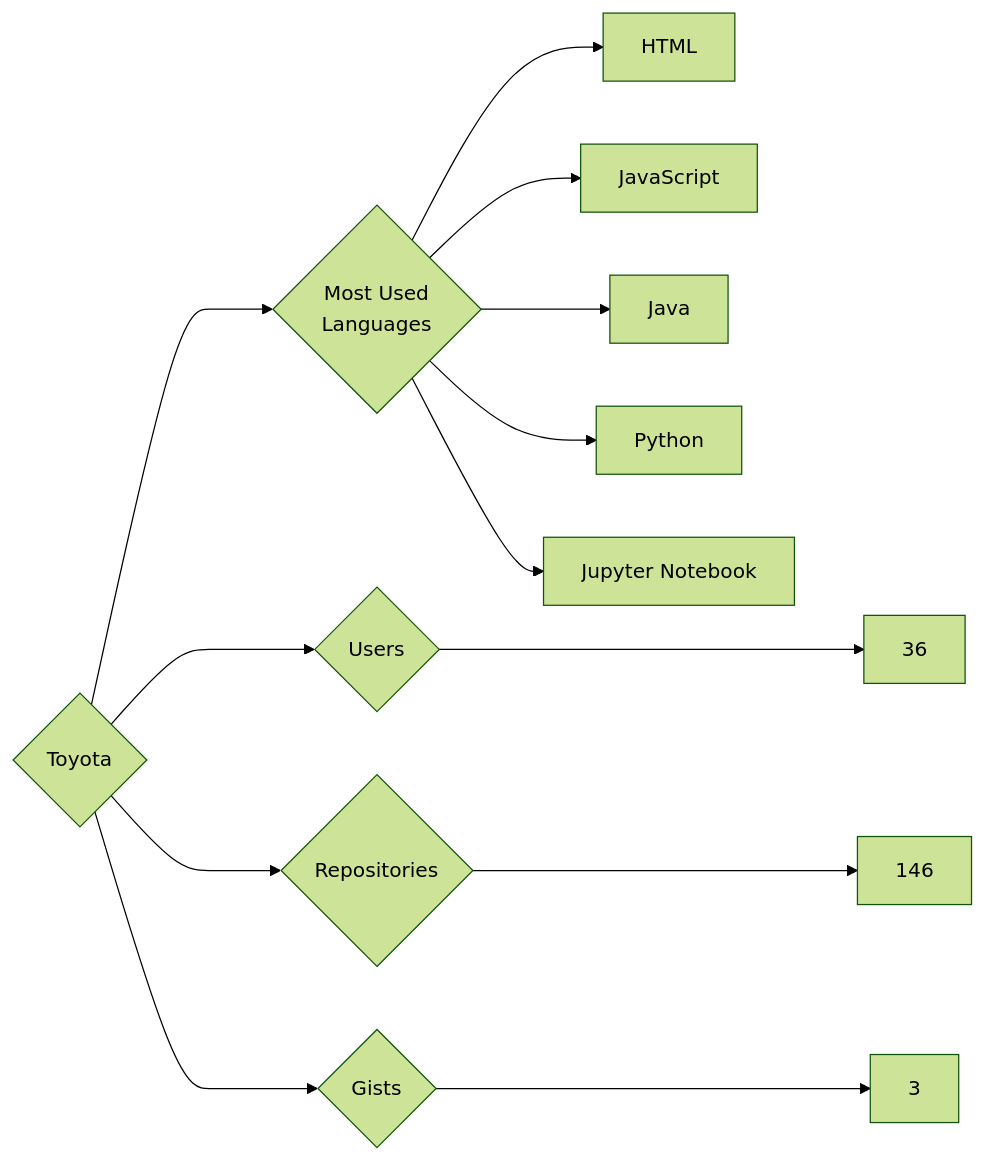
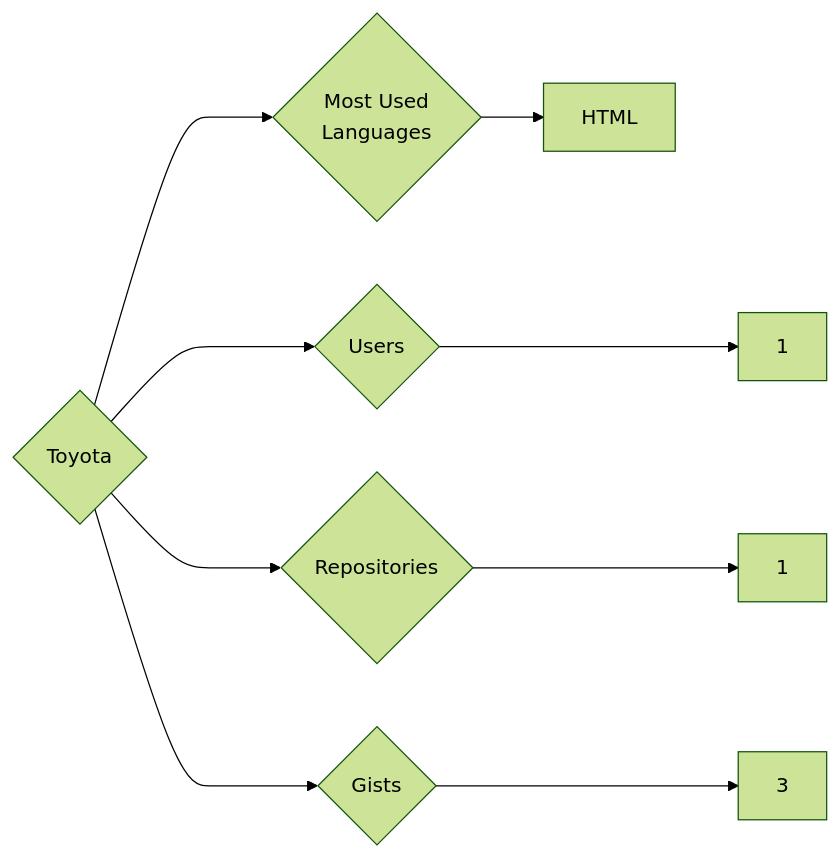
The diagram in targets/Toyota/README.md (trickest/insiders), drawn with Mermaid (forest theme) before and after one commit. The commit also changed 953 other files, not shown here.

````diff
--- a/targets/Toyota/README.md
+++ b/targets/Toyota/README.md
@@ -3,13 +3,9 @@
 ```mermaid
 graph LR
 COMPANY_NAME{Toyota}
-COMPANY_NAME ---> U{Users} ---> UN[36]
-COMPANY_NAME ---> R{Repositories} ---> RN[146]
+COMPANY_NAME ---> U{Users} ---> UN[1]
+COMPANY_NAME ---> R{Repositories} ---> RN[1]
 COMPANY_NAME ---> G{Gists} ---> GN[3]
 COMPANY_NAME ---> ML{Most Used<br>Languages}
 ML --> HTML[HTML]
-ML --> JavaScript[JavaScript]
-ML --> Java[Java]
-ML --> Python[Python]
-ML --> Jupyter_Notebook[Jupyter Notebook]
 ```
````
